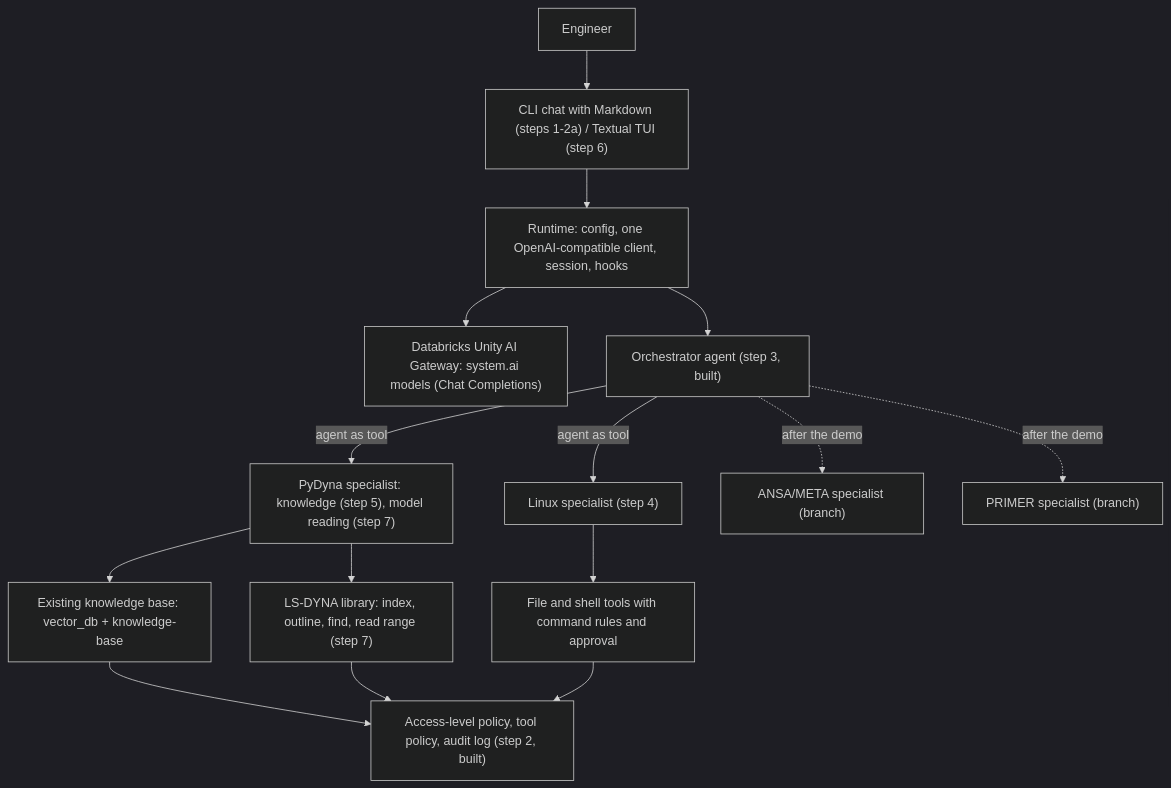
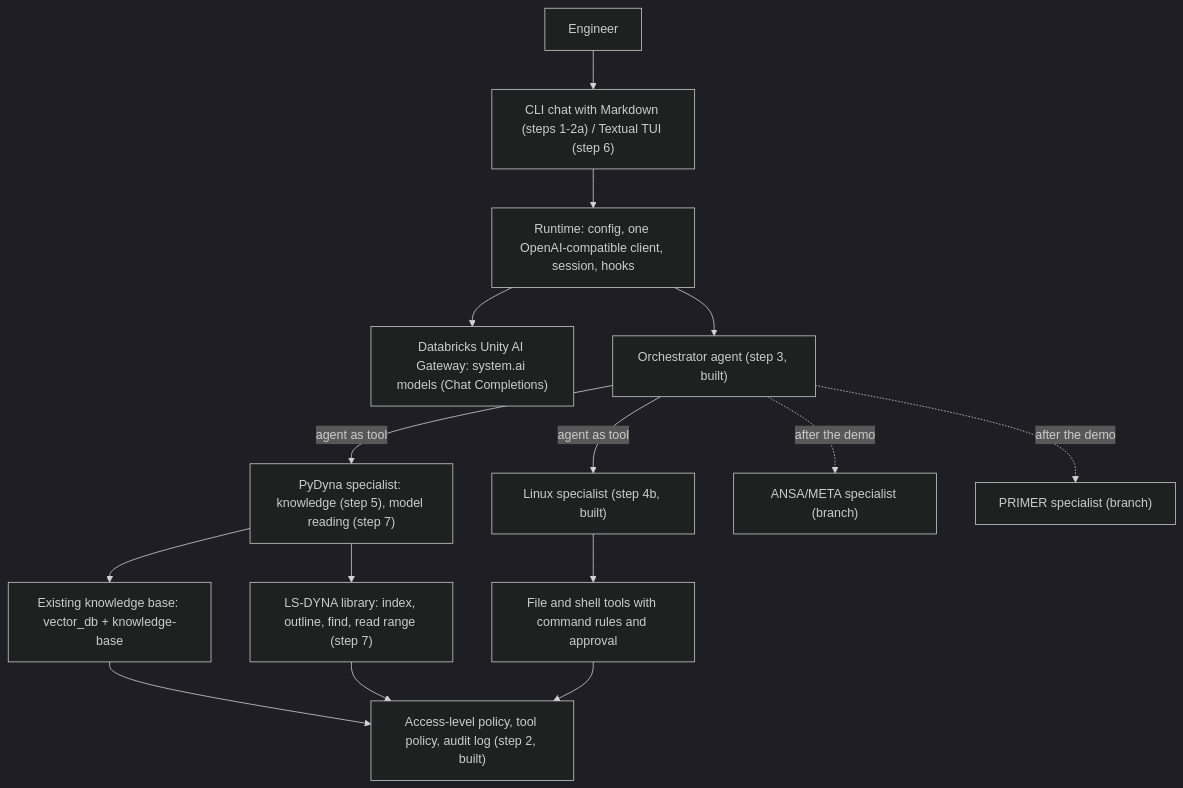
The diagram in docs/REPORT.md (ManojMalavkar/Champion), drawn with Mermaid (dark theme) before and after one commit. The commit also changed other lines of this file and 9 other files, not shown here.

First line of the commit message:
Step 4b: Linux specialist

````diff
--- a/docs/REPORT.md
+++ b/docs/REPORT.md
@@ -26,15 +26,15 @@
 ```mermaid
 flowchart TD
     U[Engineer] --> UI["CLI chat with Markdown (steps 1-2a) / Textual TUI (step 6)"]
     UI --> RT["Runtime: config, one OpenAI-compatible client, session, hooks"]
     RT --> GW["Databricks Unity AI Gateway: system.ai models (Chat Completions)"]
     RT --> ORC["Orchestrator agent (step 3, built)"]
-    ORC -->|agent as tool| LX["Linux specialist (step 4)"]
+    ORC -->|agent as tool| LX["Linux specialist (step 4b, built)"]
     ORC -->|agent as tool| PD["PyDyna specialist: knowledge (step 5), model reading (step 7)"]
     ORC -.->|after the demo| AM["ANSA/META specialist (branch)"]
     ORC -.->|after the demo| PR["PRIMER specialist (branch)"]
     PD --> KB["Existing knowledge base: vector_db + knowledge-base"]
     PD --> MF["LS-DYNA library: index, outline, find, read range (step 7)"]
     LX --> SH["File and shell tools with command rules and approval"]
     KB & MF & SH --> POL["Access-level policy, tool policy, audit log (step 2, built)"]
 ```
````
